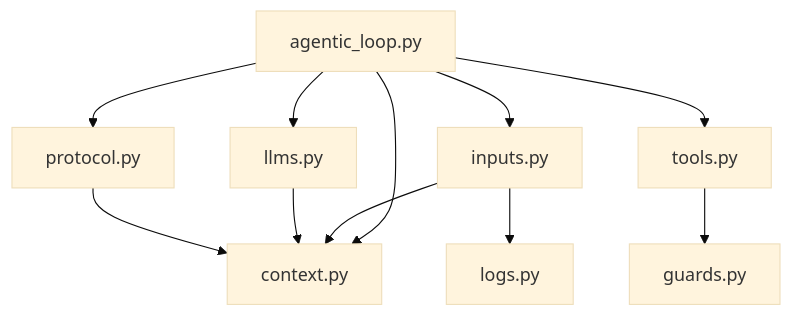
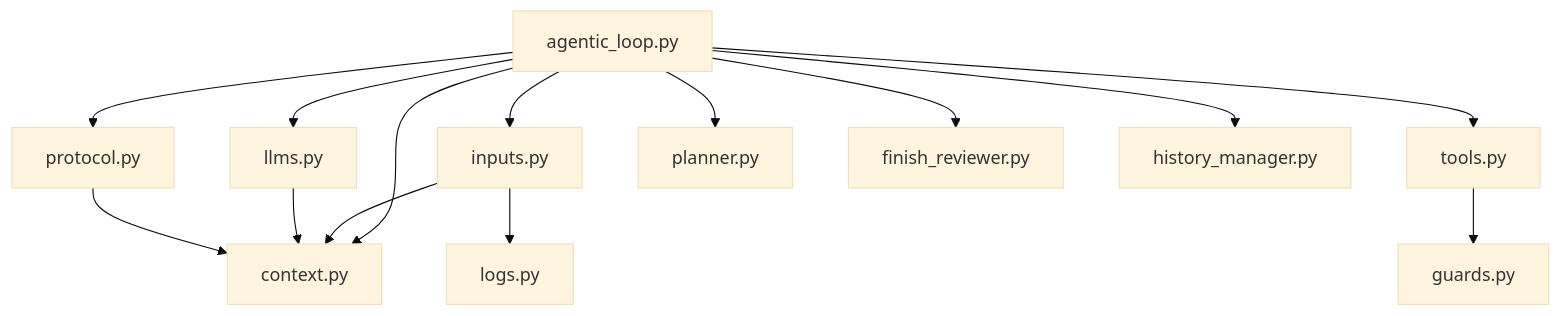
Before and after one commit to mtov/minixx: the third of 3 diagrams in README.md, drawn with Mermaid (base theme). The commit also changed other lines of this file and 4 other files, not shown here.

Commit message:
refactor: add minimal extension points for planner, finish review, and history

````diff
--- a/README.md
+++ b/README.md
@@ -100,22 +102,28 @@
 ```mermaid
 flowchart TD
     A["agentic_loop.py"]
     B["context.py"]
     C["inputs.py"]
     D["llms.py"]
     E["protocol.py"]
     F["tools.py"]
     G["logs.py"]
     H["guards.py"]
+    I["planner.py"]
+    J["finish_reviewer.py"]
+    K["history_manager.py"]
 
     A --> B
     A --> C
     A --> D
     A --> E
     A --> F
+    A --> I
+    A --> J
+    A --> K
     C --> B
     C --> G
     D --> B
     E --> B
     F --> H
 ```
````
